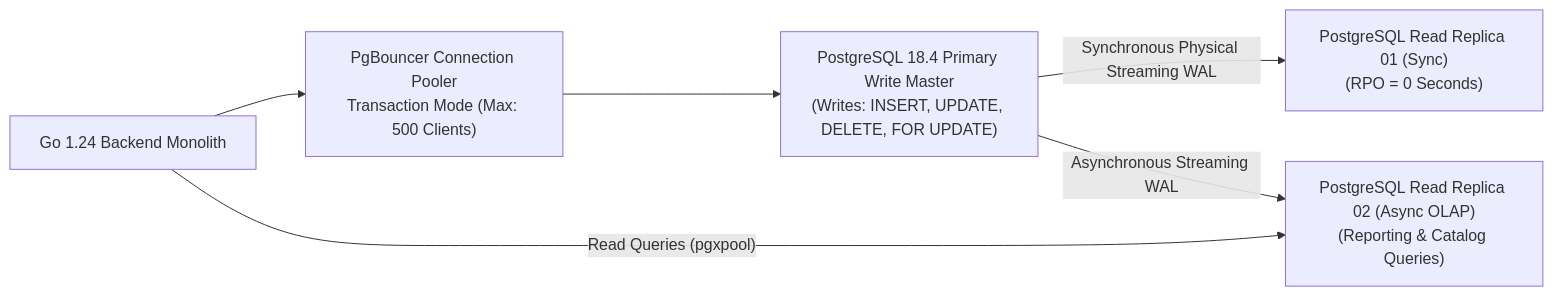
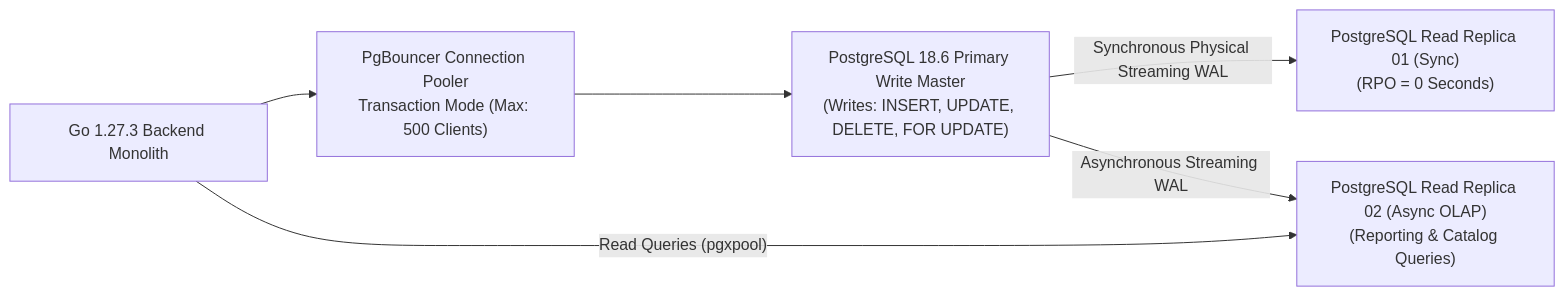
The second of 3 diagrams in docs/shared/requirements/10-data-model.md (YDink/Heavy-Machinery-Logistics-Rental), drawn with Mermaid before and after one commit. The commit also changed other lines of this file and 212 other files, not shown here.

````diff
--- a/docs/shared/requirements/10-data-model.md
+++ b/docs/shared/requirements/10-data-model.md
@@ -993,11 +993,11 @@
 ```mermaid
 flowchart LR
-    GoBackend["Go 1.24 Backend Monolith"] --> PgBouncer["PgBouncer Connection Pooler<br/>Transaction Mode (Max: 500 Clients)"]
+    GoBackend["Go 1.27.3 Backend Monolith"] --> PgBouncer["PgBouncer Connection Pooler<br/>Transaction Mode (Max: 500 Clients)"]
 
-    PgBouncer --> MasterNode["PostgreSQL 18.4 Primary Write Master<br/>(Writes: INSERT, UPDATE, DELETE, FOR UPDATE)"]
+    PgBouncer --> MasterNode["PostgreSQL 18.6 Primary Write Master<br/>(Writes: INSERT, UPDATE, DELETE, FOR UPDATE)"]
 
     MasterNode -->|"Synchronous Physical Streaming WAL"| ReplicaSync["PostgreSQL Read Replica 01 (Sync)<br/>(RPO = 0 Seconds)"]
     MasterNode -->|"Asynchronous Streaming WAL"| ReplicaAsync["PostgreSQL Read Replica 02 (Async OLAP)<br/>(Reporting & Catalog Queries)"]
 
     GoBackend -->|"Read Queries (pgxpool)"| ReplicaAsync
 ```
````
